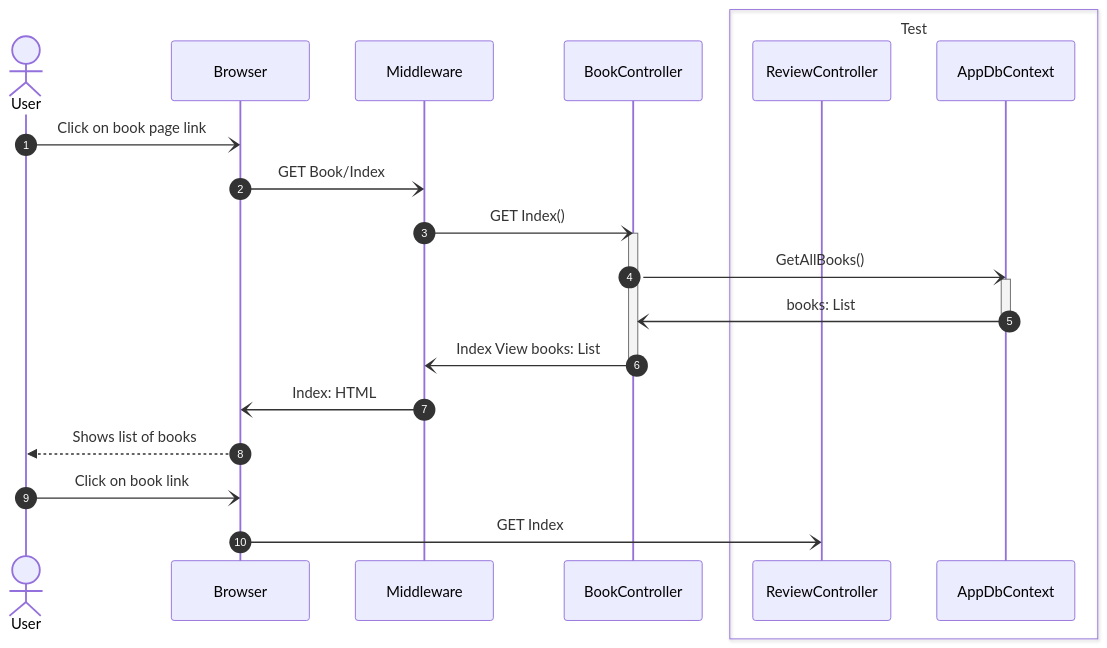
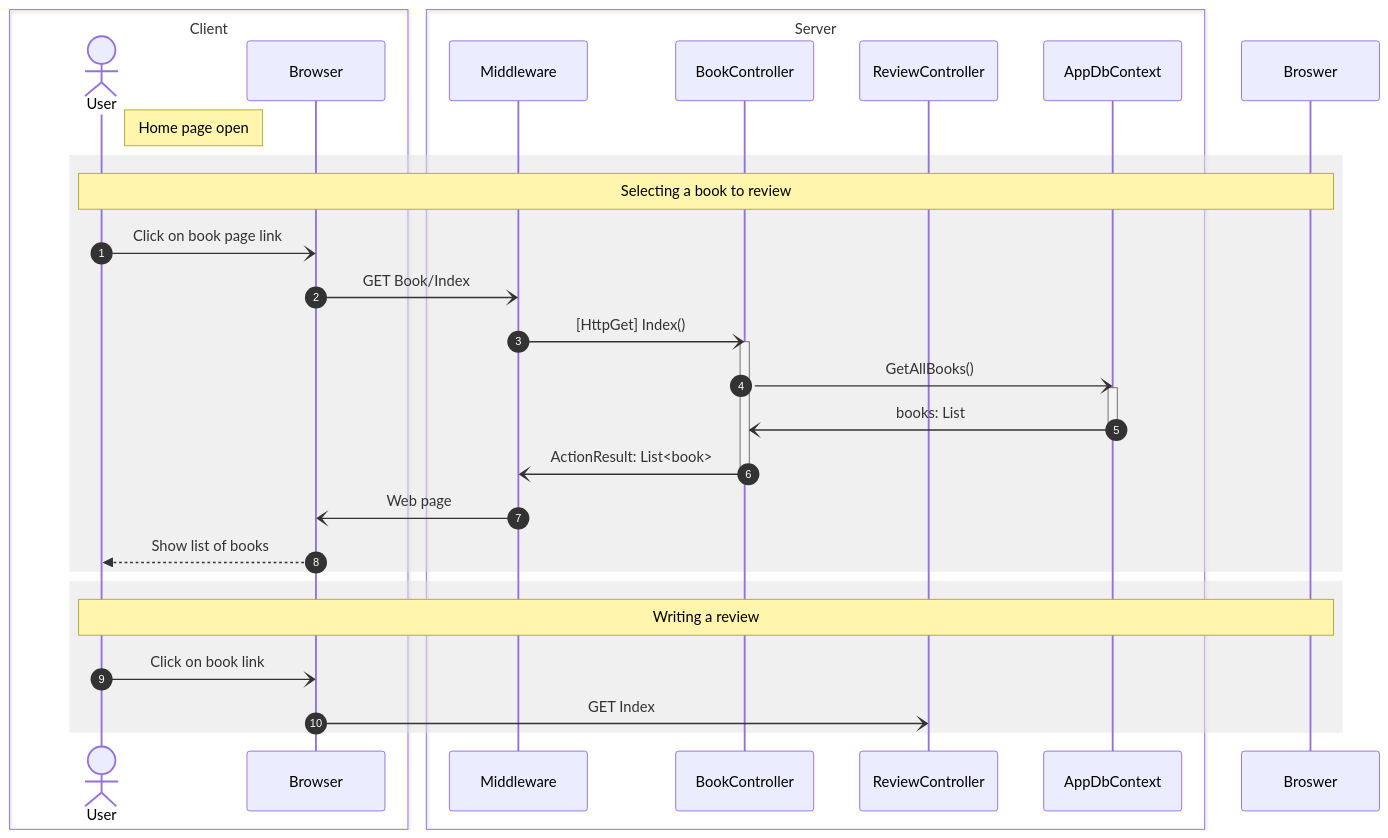
One commit to ProfBird/CS246-CourseMaterials changed the diagram in LectureNotes/Images/BookReviewSequenceDiagram.mmd. Above: the diagram before and after it, drawn with Mermaid.

Commit message:
Added more stuff

```diff
--- a/LectureNotes/Images/BookReviewSequenceDiagram.mmd
+++ b/LectureNotes/Images/BookReviewSequenceDiagram.mmd
@@ -1,24 +1,33 @@
 sequenceDiagram
-actor User
-participant Browser
-participant Middleware
-participant BookController
-box Test
+box Client
+    actor User
+    participant Browser
+end
+box Server
+    participant Middleware
+    participant BookController
     participant ReviewController
     participant AppDbContext
 end
 autonumber
+note right of User: Home page open
+rect rgba(225, 225, 225, 0.5)
+    note over User, Broswer: Selecting a book to review
     User-)Browser: Click on book page link
     Browser-)Middleware: GET Book/Index
-    Middleware-)BookController: GET Index()
+    Middleware-)BookController: [HttpGet] Index()
     activate BookController
     BookController-)AppDbContext: GetAllBooks()
-     activate AppDbContext
+        activate AppDbContext
     AppDbContext-)BookController: books: List
     deactivate AppDbContext
-    BookController-)Middleware: Index View books: List
+    BookController-)Middleware: ActionResult: List<book>
     deactivate BookController
-    Middleware-)Browser: Index: HTML
-    Browser-->>User: Shows list of books
-    User-)Browser: Click on book link
-    Browser-)ReviewController: GET Index
+    Middleware-)Browser: Web page
+    Browser-->>User: Show list of books
+end
+rect rgba(225, 225, 225, 0.5)
+note over User, Broswer: Writing a review
+User-)Browser: Click on book link
+Browser-)ReviewController: GET Index
+end
```
